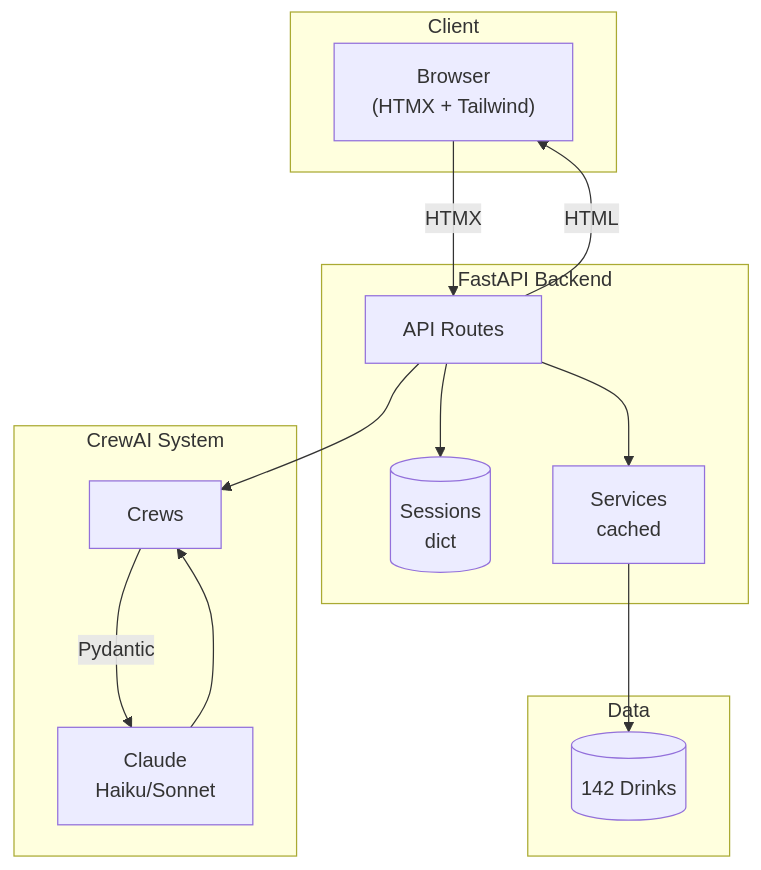
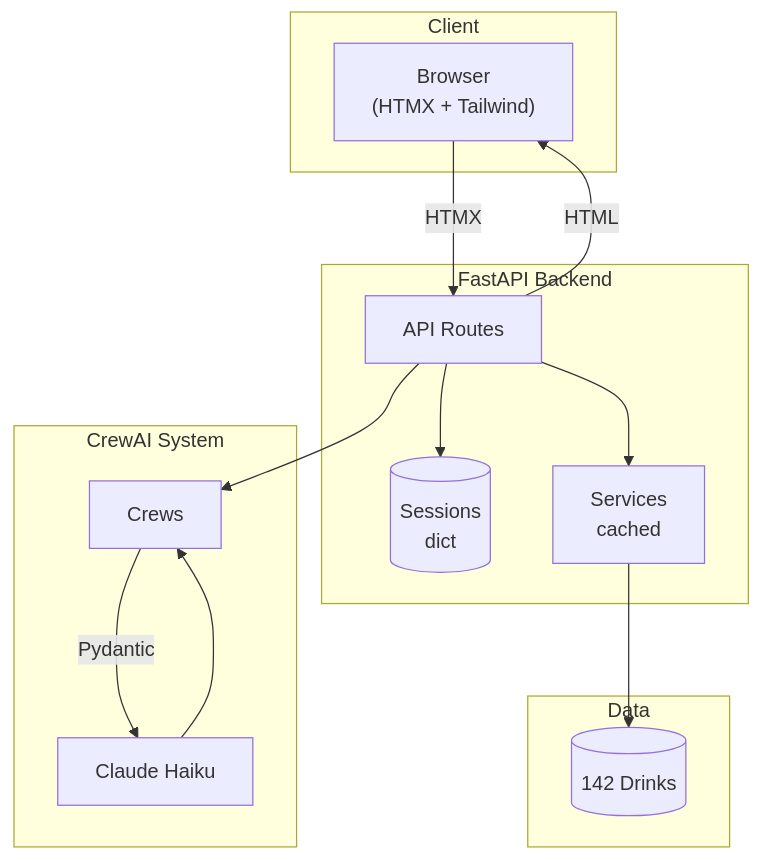
The first of 8 diagrams in docs/CRASH-COURSE.md (darth-dodo/cocktail-cache), drawn with Mermaid before and after one commit. The commit also changed other lines of this file and 4 other files, not shown here.

````diff
--- a/docs/CRASH-COURSE.md
+++ b/docs/CRASH-COURSE.md
@@ -64,30 +64,30 @@
 ```mermaid
 flowchart TB
     subgraph Client
         Browser["Browser<br/>(HTMX + Tailwind)"]
     end
 
     subgraph Server["FastAPI Backend"]
         API[API Routes]
         Sessions[(Sessions<br/>dict)]
         Services[Services<br/>cached]
     end
 
     subgraph AI["CrewAI System"]
         Crews[Crews]
-        Claude["Claude<br/>Haiku/Sonnet"]
+        Claude["Claude Haiku"]
     end
 
     subgraph Data
         Drinks[(142 Drinks)]
     end
 
     Browser -->|HTMX| API
     API -->|HTML| Browser
     API --> Sessions
     API --> Services
     API --> Crews
     Crews -->|Pydantic| Claude
     Claude --> Crews
     Services --> Drinks
 ```
````
